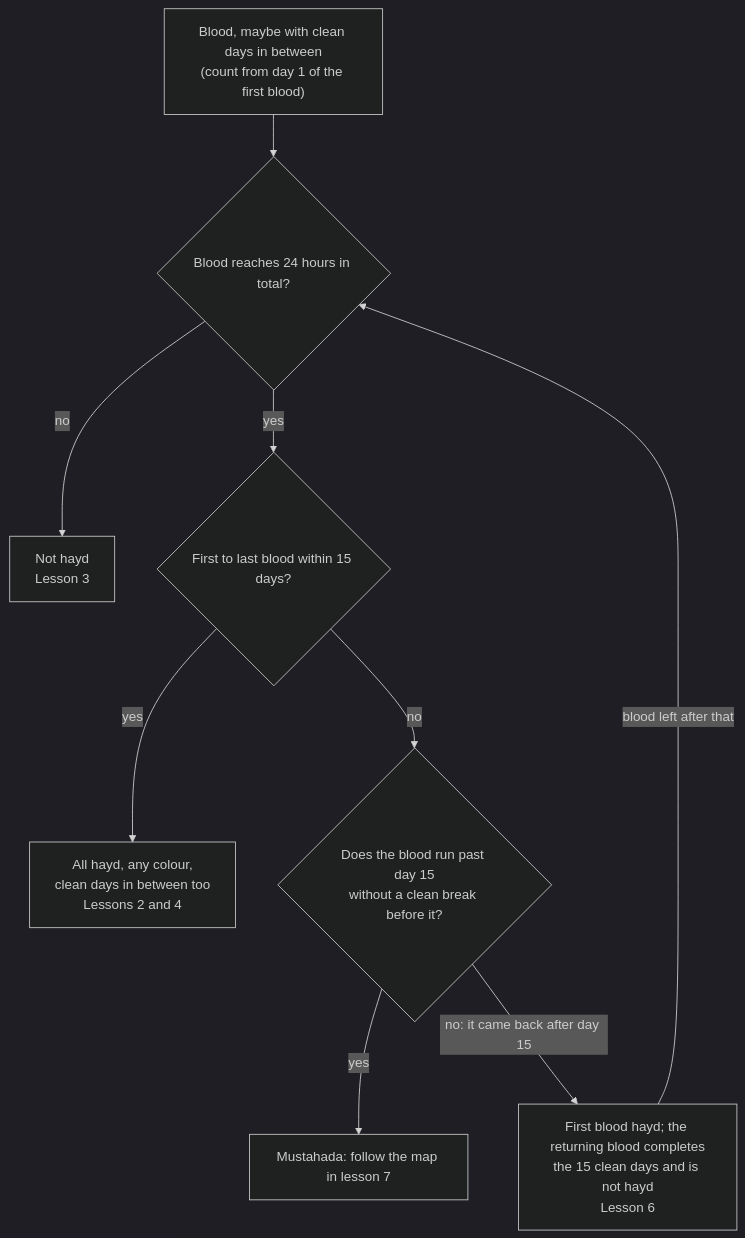
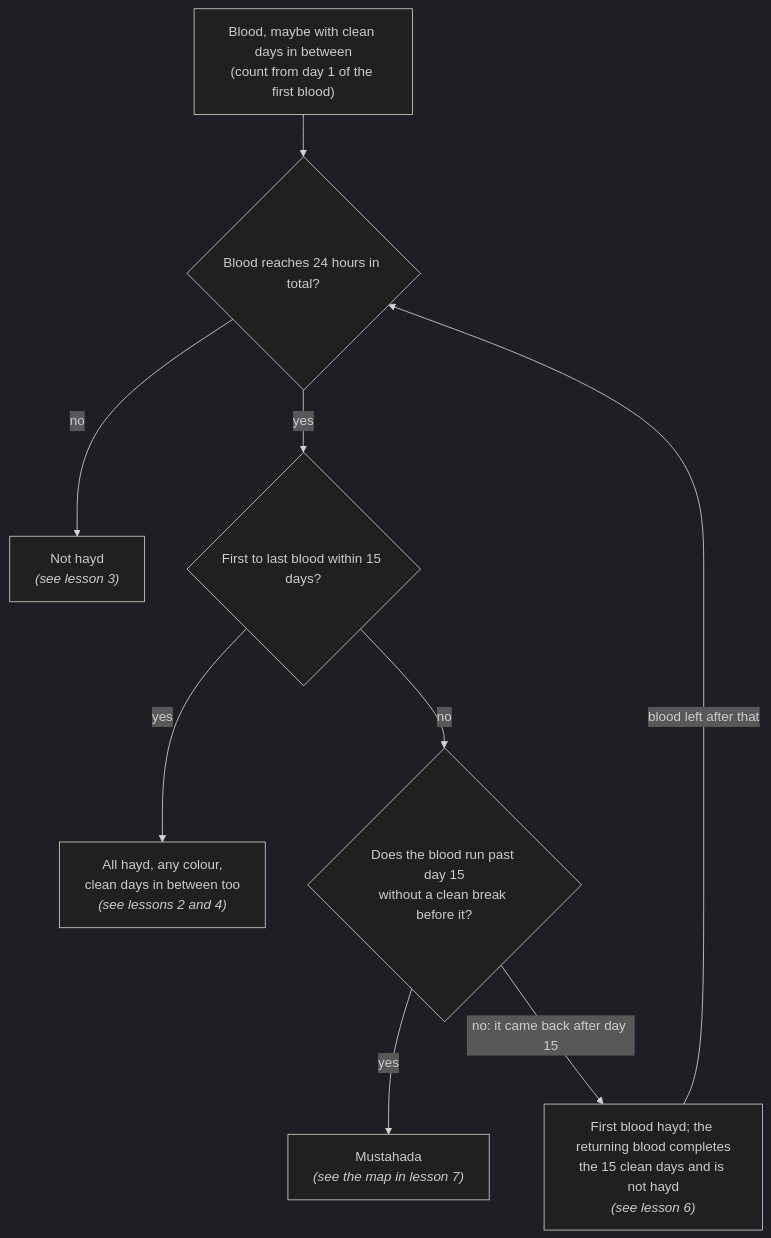
One commit to TalipV/HaydCalculatorProject changed the second of 2 diagrams in docs/fiqh/zero-to-hero.md. Above: the diagram before and after it, drawn with Mermaid (dark theme). The commit also changed other lines of this file, not shown here.

First line of the commit message:
Guide: say "first bleeding" instead of "beginner", clearer diagram labels

````diff
--- a/docs/fiqh/zero-to-hero.md
+++ b/docs/fiqh/zero-to-hero.md
@@ -750,11 +750,11 @@
 ```mermaid
 flowchart TD
     S["Blood, maybe with clean days in between<br/>(count from day 1 of the first blood)"] --> M{"Blood reaches 24 hours in total?"}
-    M -- no --> N["Not hayd<br/>Lesson 3"]
+    M -- no --> N["Not hayd<br/><i>(see lesson 3)</i>"]
     M -- yes --> L{"First to last blood within 15 days?"}
-    L -- yes --> H["All hayd, any colour,<br/>clean days in between too<br/>Lessons 2 and 4"]
+    L -- yes --> H["All hayd, any colour,<br/>clean days in between too<br/><i>(see lessons 2 and 4)</i>"]
     L -- no --> G{"Does the blood run past day 15<br/>without a clean break before it?"}
-    G -- yes --> X["Mustahada: follow the map in lesson 7"]
-    G -- "no: it came back after day 15" --> R["First blood hayd; the returning blood completes<br/>the 15 clean days and is not hayd<br/>Lesson 6"]
+    G -- yes --> X["Mustahada<br/><i>(see the map in lesson 7)</i>"]
+    G -- "no: it came back after day 15" --> R["First blood hayd; the returning blood completes<br/>the 15 clean days and is not hayd<br/><i>(see lesson 6)</i>"]
     R -- "blood left after that" --> M
 ```
````
